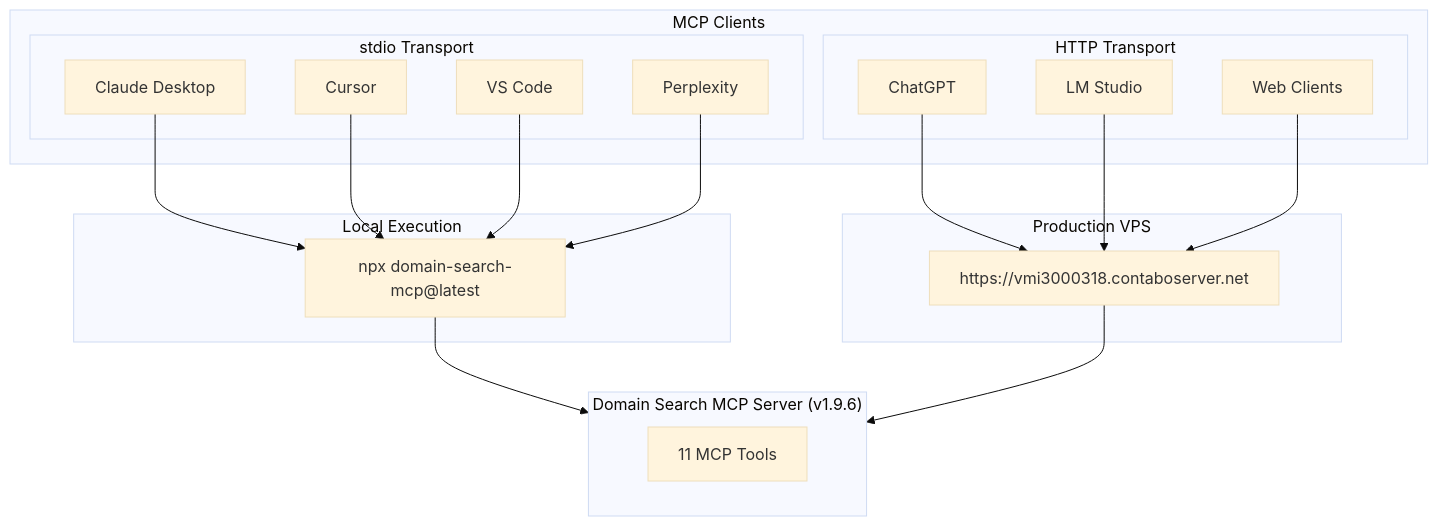
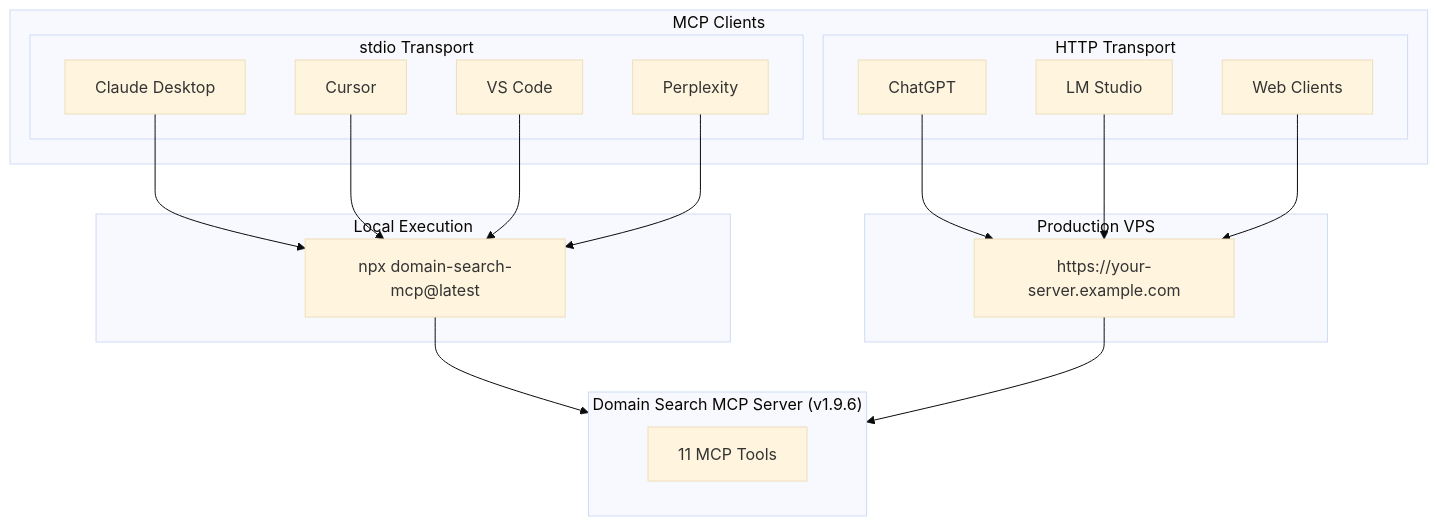
Before and after one commit to dorukardahan/domain-search-mcp: the first of 8 diagrams in docs/ARCHITECTURE.md, drawn with Mermaid (base theme). The commit also changed other lines of this file and 19 other files, not shown here.

````diff
--- a/docs/ARCHITECTURE.md
+++ b/docs/ARCHITECTURE.md
@@ -21,34 +21,34 @@
 ```mermaid
 flowchart TB
     subgraph Clients["MCP Clients"]
         subgraph STDIO["stdio Transport"]
             CD[Claude Desktop]
             CU[Cursor]
             VS[VS Code]
             PX[Perplexity]
         end
         subgraph HTTP["HTTP Transport"]
             CG[ChatGPT]
             LM[LM Studio]
             WC[Web Clients]
         end
     end
 
     subgraph Local["Local Execution"]
         NPX["npx domain-search-mcp@latest"]
     end
 
     subgraph VPS["Production VPS"]
-        HTTPS["https://vmi3000318.contaboserver.net"]
+        HTTPS["https://your-server.example.com"]
     end
 
     CD & CU & VS & PX --> NPX
     CG & LM & WC --> HTTPS
 
     NPX --> SERVER
     HTTPS --> SERVER
 
     subgraph SERVER["Domain Search MCP Server (v1.9.6)"]
         TOOLS[11 MCP Tools]
     end
 ```
````
